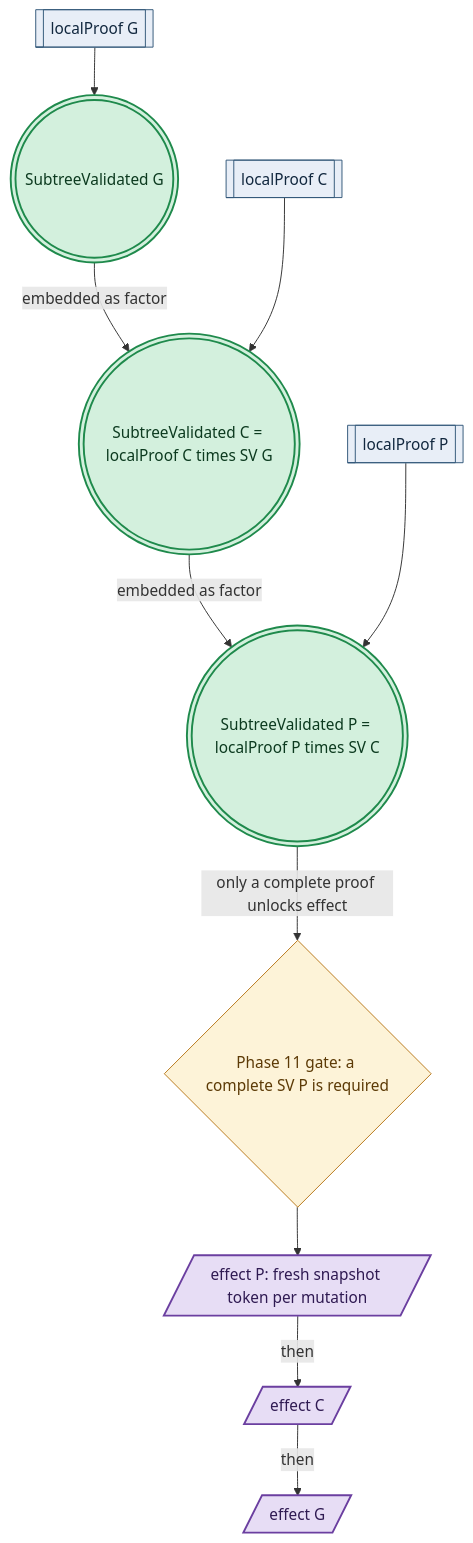
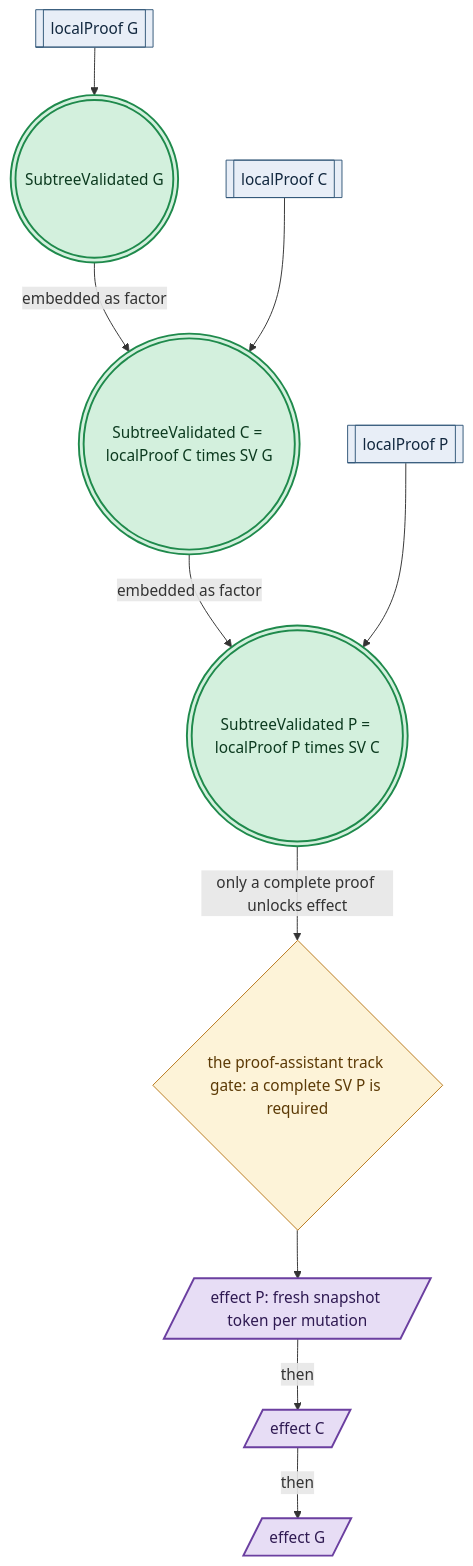
One commit to Tuee22/amoebius changed the third of 4 diagrams in documents/engineering/preflight_validation_doctrine.md. Above: the diagram before and after it, drawn with Mermaid. The commit also changed other lines of this file and 194 other files, not shown here.

````diff
--- a/documents/engineering/preflight_validation_doctrine.md
+++ b/documents/engineering/preflight_validation_doctrine.md
@@ -198,27 +198,27 @@
 ```mermaid
 flowchart TD
 %% register: algebra
   glp[["localProof G"]]:::intent
   svg((("SubtreeValidated G"))):::seal
   clp[["localProof C"]]:::intent
   svc((("SubtreeValidated C = localProof C times SV G"))):::seal
   plp[["localProof P"]]:::intent
   svp((("SubtreeValidated P = localProof P times SV C"))):::seal
-  dhall-typecheck{"Phase 11 gate: a complete SV P is required"}:::decision
+  dhall-typecheck{"the proof-assistant track gate: a complete SV P is required"}:::decision
   ep[/"effect P: fresh snapshot token per mutation"/]:::effect
   ec[/"effect C"/]:::effect
   eg[/"effect G"/]:::effect
   glp --> svg
   svg -->|"embedded as factor"| svc
   clp --> svc
   svc -->|"embedded as factor"| svp
   plp --> svp
   svp -->|"only a complete proof unlocks effect"| dhall-typecheck
   dhall-typecheck --> ep
   ep -->|"then"| ec
   ec -->|"then"| eg
   classDef intent   fill:#e8eef7,stroke:#33587a,color:#12283f,stroke-width:1px
   classDef decision fill:#fdf3d8,stroke:#b8791b,color:#5c3a06,stroke-width:1px
   classDef effect   fill:#e7ddf5,stroke:#6b3fa0,color:#2f1a52,stroke-width:2px
   classDef seal     fill:#d3f0dd,stroke:#1f8a4c,color:#0c3a1f,stroke-width:2px
 ```
````
